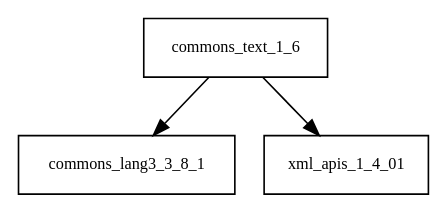
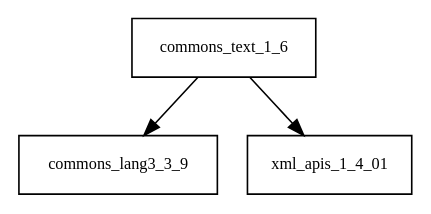
Before and after one commit to Hack23/cia: the diagram in tattleTaleReport/graphviz/commons-text-1.6.jar/commons-text-1.6.jar.dot, drawn with Graphviz. The commit also changed 4049 other files, not shown here.

```diff
--- a/tattleTaleReport/graphviz/commons-text-1.6.jar/commons-text-1.6.jar.dot
+++ b/tattleTaleReport/graphviz/commons-text-1.6.jar/commons-text-1.6.jar.dot
@@ -1,5 +1,5 @@
 digraph commons_text_1_6_dependencies {
   node [shape = box, fontsize=10.0];
-  commons_text_1_6 -> commons_lang3_3_8_1;
+  commons_text_1_6 -> commons_lang3_3_9;
   commons_text_1_6 -> xml_apis_1_4_01;
 }
```
